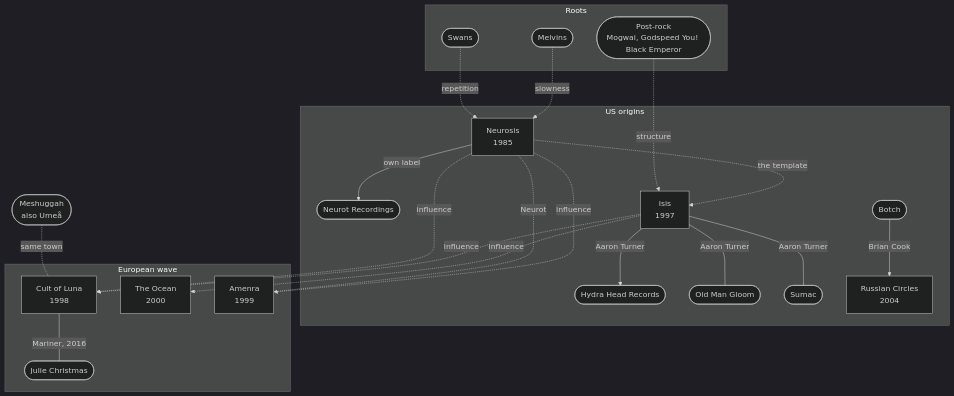
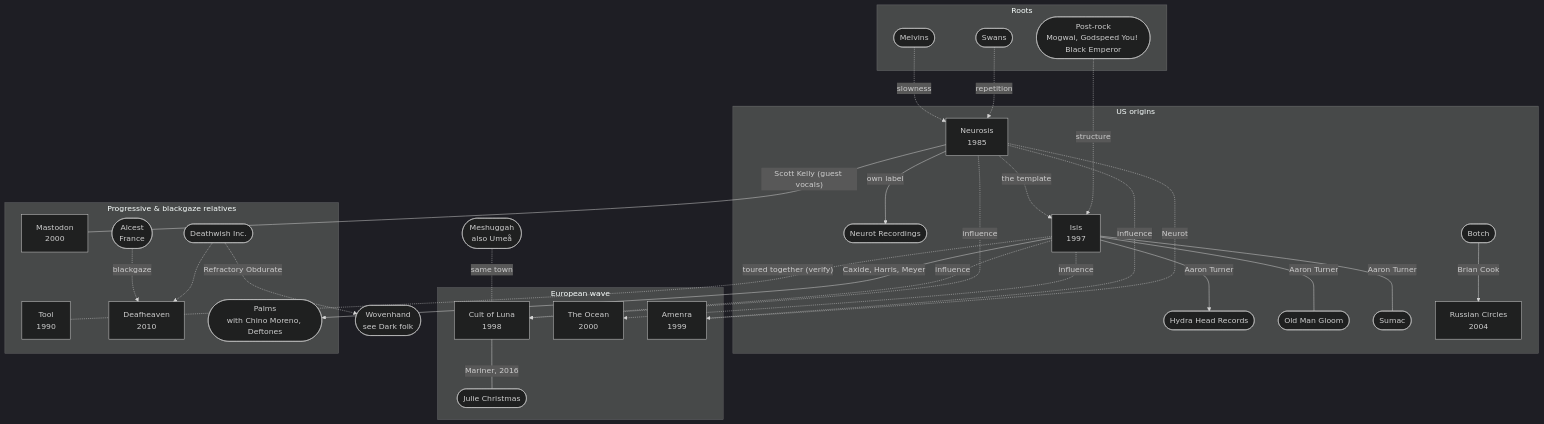
Before and after one commit to zrrbite/music-scenes: the diagram in post-metal/connections.md, drawn with Mermaid (dark theme). The commit also changed 66 other files, not shown here.

````diff
--- a/post-metal/connections.md
+++ b/post-metal/connections.md
@@ -9,42 +9,57 @@
 ```mermaid
 flowchart TD
     subgraph ROOTS["Roots"]
         MELV(["Melvins"])
         SWANS(["Swans"])
         PR(["Post-rock<br/>Mogwai, Godspeed You! Black Emperor"])
     end
     subgraph US["US origins"]
         NEU["Neurosis<br/>1985"]
         NR(["Neurot Recordings"])
         ISIS["Isis<br/>1997"]
         HH(["Hydra Head Records"])
         OMG(["Old Man Gloom"])
         SUMAC(["Sumac"])
         RC["Russian Circles<br/>2004"]
         BOTCH(["Botch"])
     end
     subgraph EU["European wave"]
         COL["Cult of Luna<br/>1998"]
         OCEAN["The Ocean<br/>2000"]
         AMEN["Amenra<br/>1999"]
         JC(["Julie Christmas"])
     end
     MESH(["Meshuggah<br/>also Umeå"])
+    subgraph REL["Progressive & blackgaze relatives"]
+        MAST["Mastodon<br/>2000"]
+        TOOL["Tool<br/>1990"]
+        DHV["Deafheaven<br/>2010"]
+        ALC(["Alcest<br/>France"])
+        DW(["Deathwish Inc."])
+        PALMS(["Palms<br/>with Chino Moreno, Deftones"])
+    end
+    WOV(["Wovenhand<br/>see Dark folk"])
 
     MELV -. "slowness" .-> NEU
     SWANS -. "repetition" .-> NEU
     NEU -- "own label" --> NR
     NEU -. "the template" .-> ISIS
     PR -. "structure" .-> ISIS
     ISIS -- "Aaron Turner" --> HH
     ISIS -- "Aaron Turner" --- OMG
     ISIS -- "Aaron Turner" --- SUMAC
     BOTCH -- "Brian Cook" --> RC
     ISIS -. "influence" .-> COL
     NEU -. "influence" .-> COL
     NEU -. "influence" .-> AMEN
     ISIS -. "influence" .-> OCEAN
     COL -- "Mariner, 2016" --- JC
     MESH -. "same town" .- COL
     NEU -. "Neurot" .- AMEN
+    NEU -- "Scott Kelly (guest vocals)" --- MAST
+    ISIS -. "toured together (verify)" .- TOOL
+    ISIS -- "Caxide, Harris, Meyer" --> PALMS
+    ALC -. "blackgaze" .-> DHV
+    DW -.-> DHV
+    DW -. "Refractory Obdurate" .-> WOV
 ```
````
